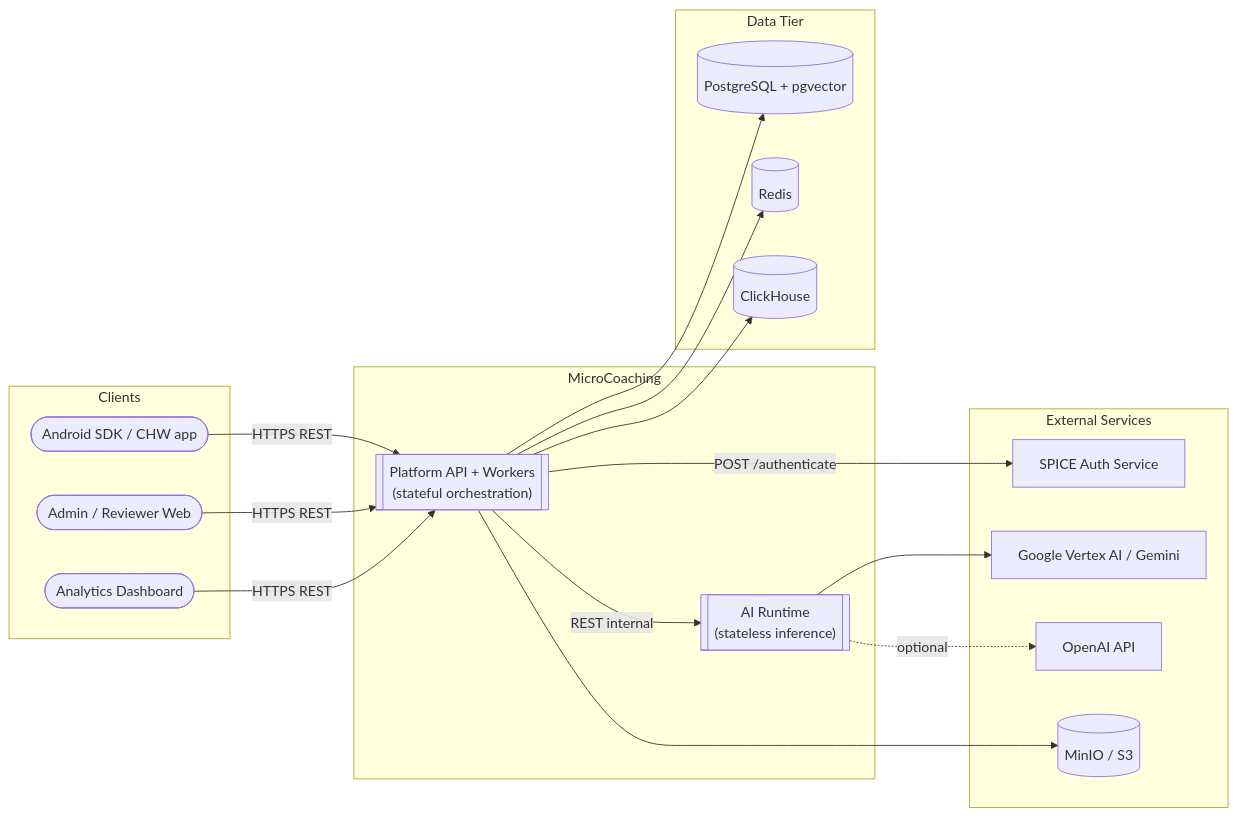
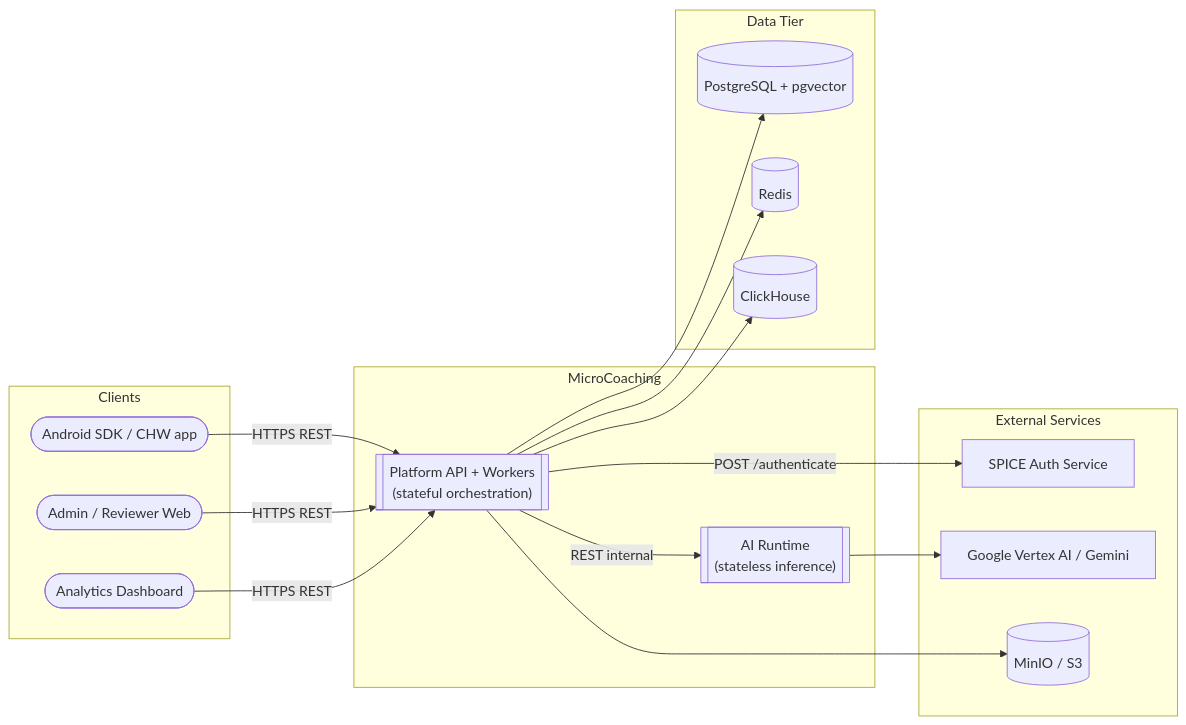
Before and after one commit to sanket04-beehyv/spice-coaching: the first of 11 diagrams in docs/ARCHITECTURE.md, drawn with Mermaid. The commit also changed other lines of this file and 330 other files, not shown here.

````diff
--- a/docs/ARCHITECTURE.md
+++ b/docs/ARCHITECTURE.md
@@ -57,38 +57,36 @@
 ```mermaid
 graph LR
     subgraph "Clients"
         AndroidSDK([Android SDK / CHW app])
         AdminWeb([Admin / Reviewer Web])
         AnalyticsUI([Analytics Dashboard])
     end
 
     subgraph "MicroCoaching"
         Platform[["Platform API + Workers\n(stateful orchestration)"]]
         AIRuntime[["AI Runtime\n(stateless inference)"]]
     end
 
     subgraph "External Services"
         SPICE[SPICE Auth Service]
         Vertex[Google Vertex AI / Gemini]
-        OpenAI[OpenAI API]
         MinIO[(MinIO / S3)]
     end
 
     subgraph "Data Tier"
         PG[(PostgreSQL + pgvector)]
         Redis[(Redis)]
         CH[(ClickHouse)]
     end
 
     AndroidSDK -->|HTTPS REST| Platform
     AdminWeb -->|HTTPS REST| Platform
     AnalyticsUI -->|HTTPS REST| Platform
     Platform -->|POST /authenticate| SPICE
     Platform -->|REST internal| AIRuntime
     Platform --> PG
     Platform --> Redis
     Platform --> CH
     Platform --> MinIO
     AIRuntime --> Vertex
-    AIRuntime -.->|optional| OpenAI
 ```
````
